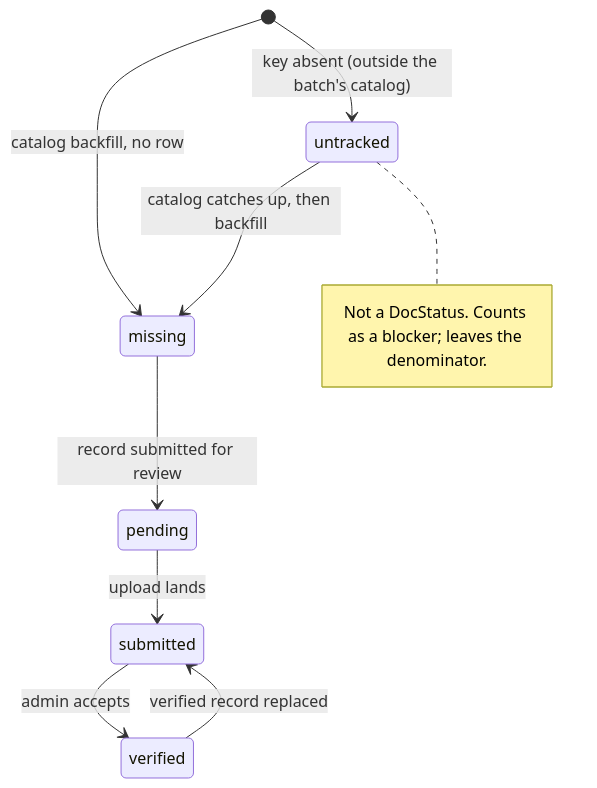
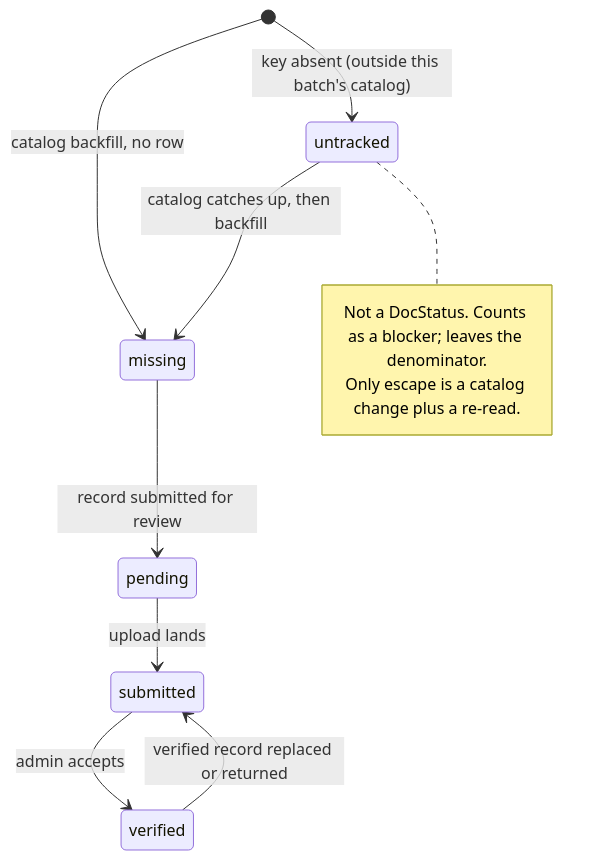
One commit to shuakyle21/tesda-compliance-manager changed the diagram in openwiki/workflows/document-compliance-and-evidence.md. Above: the diagram before and after it, drawn with Mermaid. The commit also changed other lines of this file and 44 other files, not shown here.

````diff
--- a/openwiki/workflows/document-compliance-and-evidence.md
+++ b/openwiki/workflows/document-compliance-and-evidence.md
@@ -72,13 +73,14 @@
 ```mermaid
 stateDiagram-v2
     [*] --> missing: catalog backfill, no row
-    [*] --> untracked: key absent (outside the batch's catalog)
+    [*] --> untracked: key absent (outside this batch's catalog)
     missing --> pending: record submitted for review
     pending --> submitted: upload lands
     submitted --> verified: admin accepts
-    verified --> submitted: verified record replaced
+    verified --> submitted: verified record replaced or returned
     untracked --> missing: catalog catches up, then backfill
     note right of untracked
         Not a DocStatus. Counts as a blocker; leaves the denominator.
+        Only escape is a catalog change plus a re-read.
     end note
 ```
````
